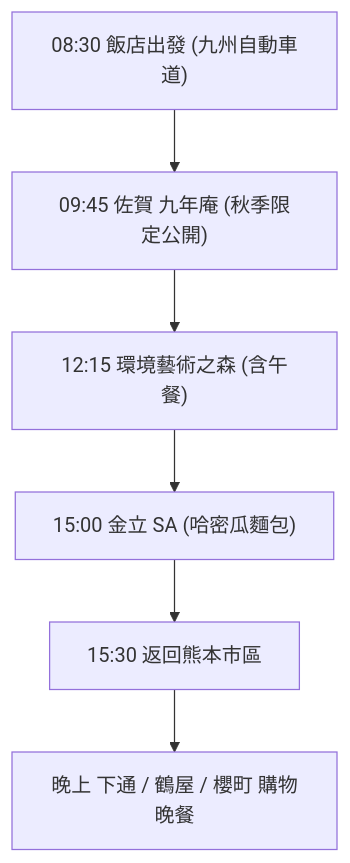
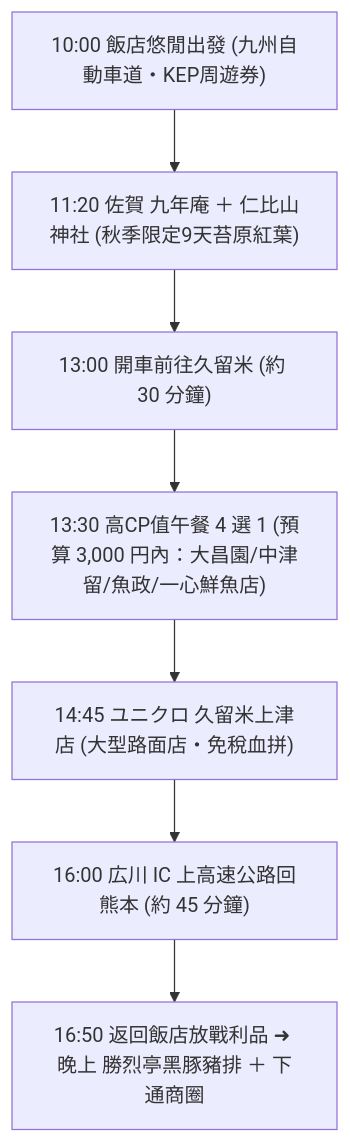
Before and after one commit to Eric-Jamie-Family/2026-japan-trip: the fourth of 5 diagrams in kyushu-autumn-travel-guide.md, drawn with Mermaid. The commit also changed other lines of this file and 1 other file, not shown here.

````diff
--- a/kyushu-autumn-travel-guide.md
+++ b/kyushu-autumn-travel-guide.md
@@ -235,8 +235,9 @@
 ```mermaid
 flowchart TD
-    A["08:30 飯店出發 (九州自動車道)"] --> B["09:45 佐賀 九年庵 (秋季限定公開)"]
-    B --> C["12:15 環境藝術之森 (含午餐)"]
-    C --> D["15:00 金立 SA (哈密瓜麵包)"]
-    D --> E["15:30 返回熊本市區"]
-    E --> F["晚上 下通 / 鶴屋 / 櫻町 購物晚餐"]
+    A["10:00 飯店悠閒出發 (九州自動車道・KEP周遊券)"] --> B["11:20 佐賀 九年庵 ＋ 仁比山神社 (秋季限定9天苔原紅葉)"]
+    B --> C["13:00 開車前往久留米 (約 30 分鐘)"]
+    C --> D["13:30 高CP值午餐 4 選 1 (預算 3,000 円內：大昌園/中津留/魚政/一心鮮魚店)"]
+    D --> E["14:45 ユニクロ 久留米上津店 (大型路面店・免稅血拼)"]
+    E --> F["16:00 広川 IC 上高速公路回熊本 (約 45 分鐘)"]
+    F --> G["16:50 返回飯店放戰利品 ➜ 晚上 勝烈亭黑豚豬排 ＋ 下通商圈"]
 ```
````
